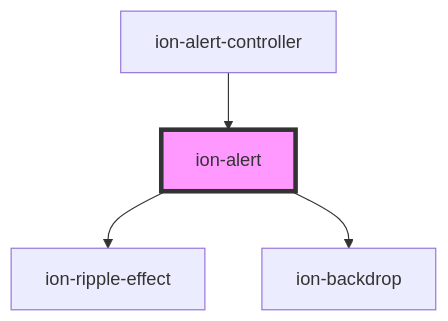
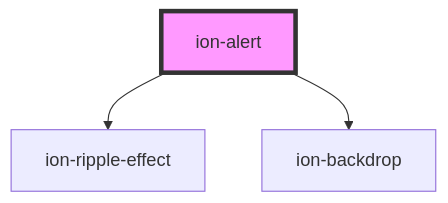
Before and after one commit to ionic-team/ionic-framework: the diagram in core/src/components/alert/readme.md, drawn with Mermaid. The commit also changed other lines of this file and 31 other files, not shown here.

````diff
--- a/core/src/components/alert/readme.md
+++ b/core/src/components/alert/readme.md
@@ -1152,7 +1148,6 @@
 ```mermaid
 graph TD;
   ion-alert --> ion-ripple-effect
   ion-alert --> ion-backdrop
-  ion-alert-controller --> ion-alert
   style ion-alert fill:#f9f,stroke:#333,stroke-width:4px
 ```
````
